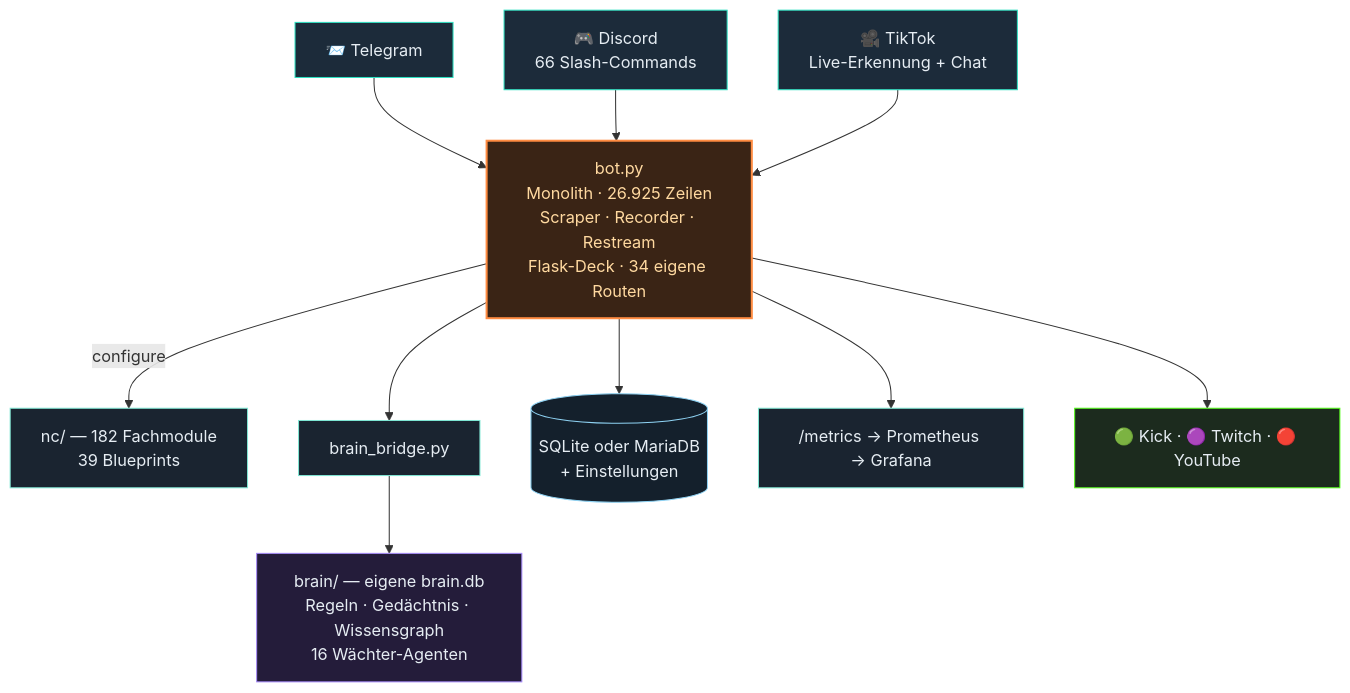
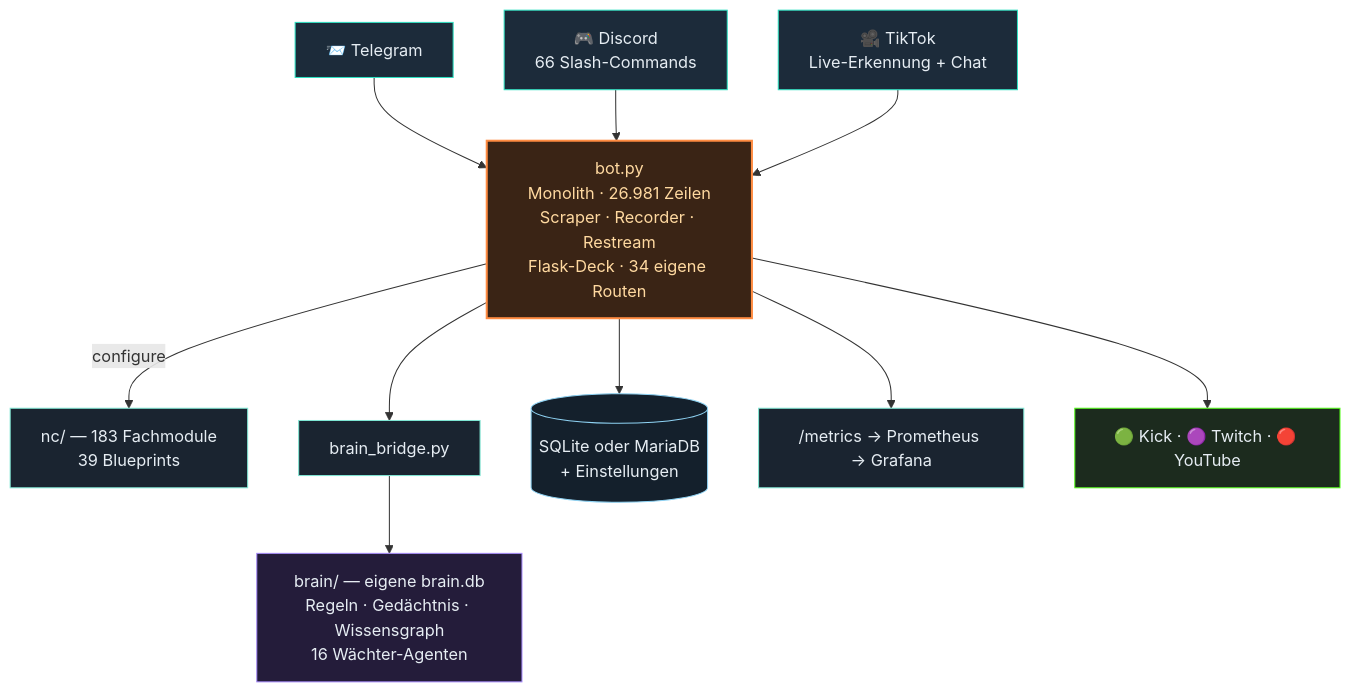
One commit to itsamemedev/Telegram-Stream-Info-Bot changed the second of 3 diagrams in README.md. Above: the diagram before and after it, drawn with Mermaid. The commit also changed other lines of this file and 13 other files, not shown here.

````diff
--- a/README.md
+++ b/README.md
@@ -118,19 +118,19 @@
 ```mermaid
 flowchart TB
     TG["📨 Telegram"]:::ein --> BOT
     DC["🎮 Discord<br/>66 Slash-Commands"]:::ein --> BOT
     TT["🎥 TikTok<br/>Live-Erkennung + Chat"]:::ein --> BOT
-    BOT["bot.py<br/>Monolith · 26.925 Zeilen<br/>Scraper · Recorder · Restream<br/>Flask-Deck · 34 eigene Routen"]:::core
-    BOT -->|configure| NC["nc/ — 182 Fachmodule<br/>39 Blueprints"]:::lib
+    BOT["bot.py<br/>Monolith · 26.981 Zeilen<br/>Scraper · Recorder · Restream<br/>Flask-Deck · 34 eigene Routen"]:::core
+    BOT -->|configure| NC["nc/ — 183 Fachmodule<br/>39 Blueprints"]:::lib
     BOT --> BR["brain_bridge.py"]:::lib
     BR --> BRAIN["brain/ — eigene brain.db<br/>Regeln · Gedächtnis · Wissensgraph<br/>16 Wächter-Agenten"]:::brain
     BOT --> DB[("SQLite oder MariaDB<br/>+ Einstellungen")]:::db
     BOT --> PROM["/metrics → Prometheus → Grafana"]:::lib
     BOT --> OUT["🟢 Kick · 🟣 Twitch · 🔴 YouTube"]:::out
     classDef ein fill:#1c2b3a,stroke:#2de1c2,color:#e6edf3
     classDef core fill:#3a2415,stroke:#ff8c42,stroke-width:2px,color:#ffd9a0
     classDef lib fill:#1a2430,stroke:#7fe7d4,color:#e6edf3
     classDef brain fill:#241c3a,stroke:#a78bfa,color:#e6edf3
     classDef db fill:#14202c,stroke:#8fd3f4,color:#e6edf3
     classDef out fill:#1c2b1e,stroke:#53fc18,color:#e6edf3
 ```
````
